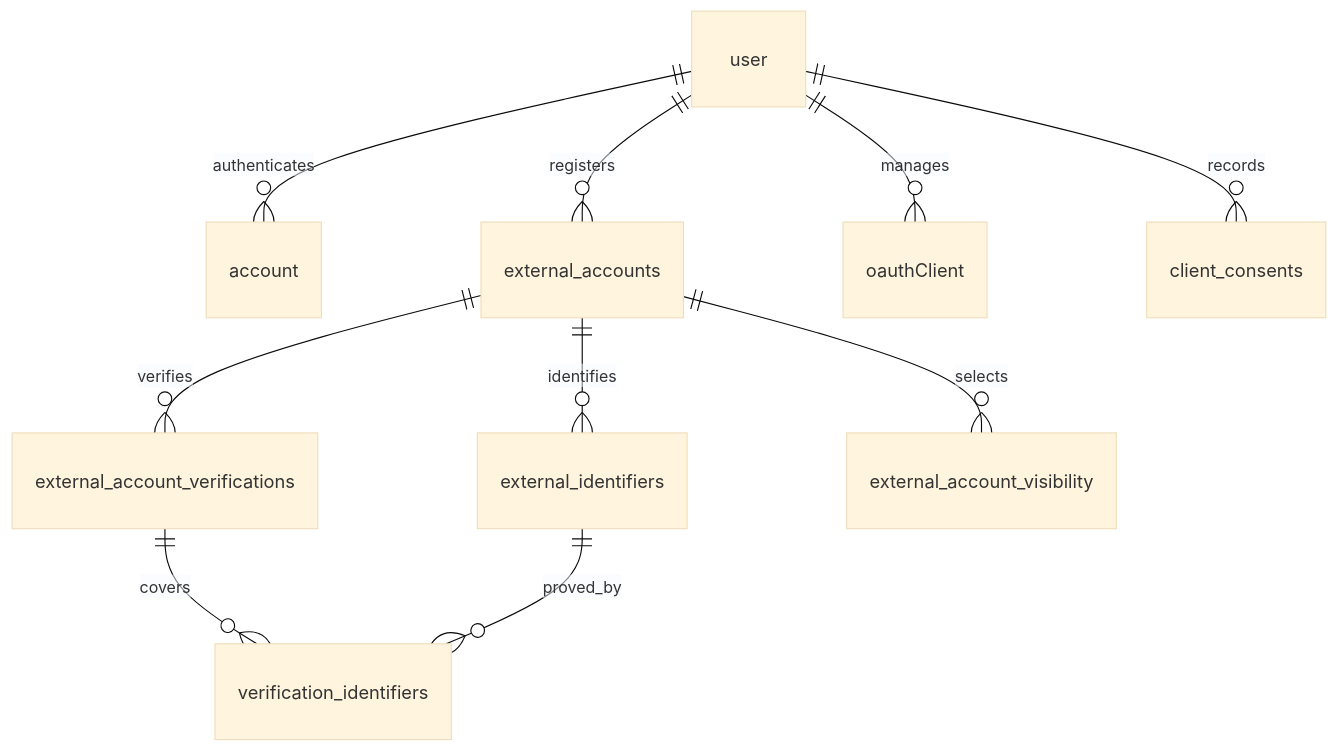
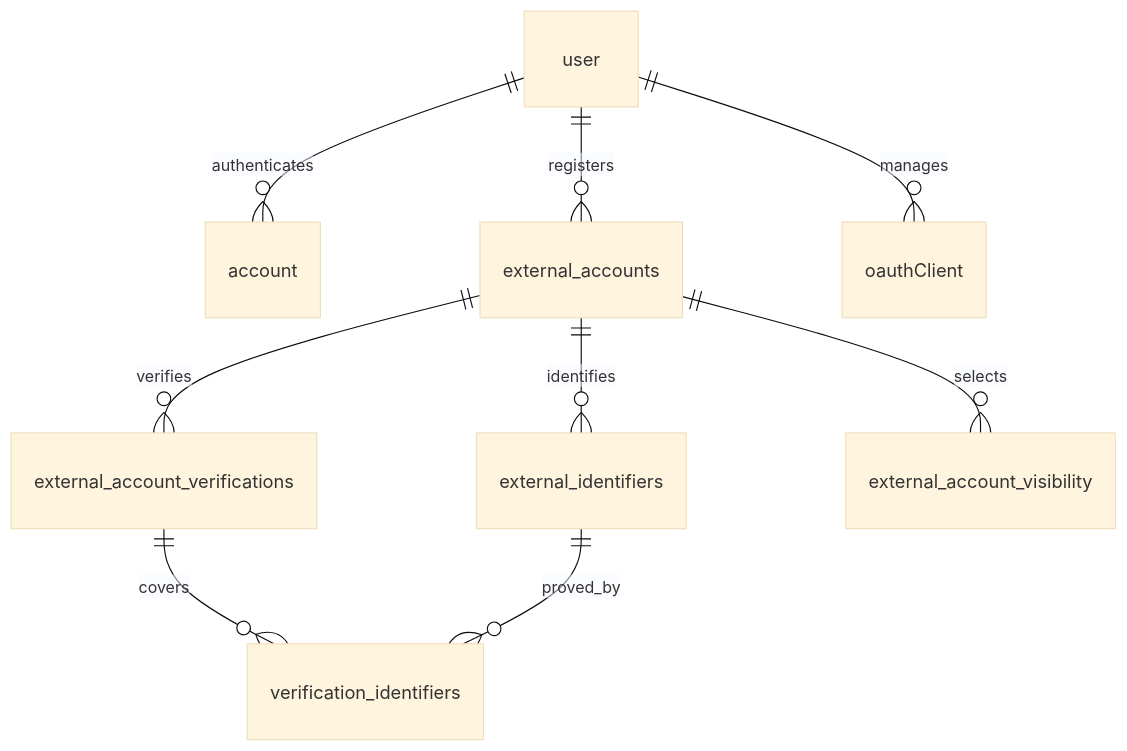
One commit to yuichisugio/freeism changed the second of 2 diagrams in projects/accounts-web-app/docs/specification/v0.1/main.ja.md. Above: the diagram before and after it, drawn with Mermaid (base theme). The commit also changed other lines of this file and 80 other files, not shown here.

First line of the commit message:
feat(accounts): match the confirmed mock, scale the UI by 1.1, and drop client_consents

````diff
--- a/projects/accounts-web-app/docs/specification/v0.1/main.ja.md
+++ b/projects/accounts-web-app/docs/specification/v0.1/main.ja.md
@@ -982,12 +974,11 @@
 ```mermaid
 erDiagram
     user ||--o{ account : authenticates
     user ||--o{ external_accounts : registers
     external_accounts ||--o{ external_identifiers : identifies
     external_accounts ||--o{ external_account_verifications : verifies
     external_account_verifications ||--o{ verification_identifiers : covers
     external_identifiers ||--o{ verification_identifiers : proved_by
     user ||--o{ oauthClient : manages
-    user ||--o{ client_consents : records
     external_accounts ||--o{ external_account_visibility : selects
 ```
````
